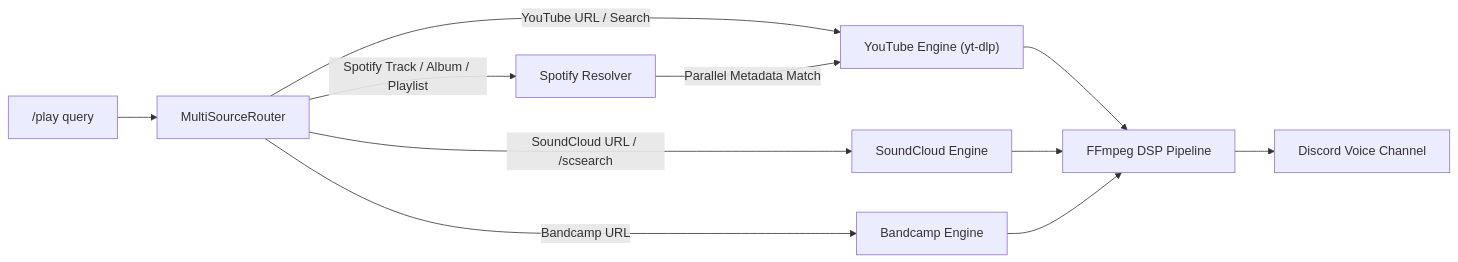
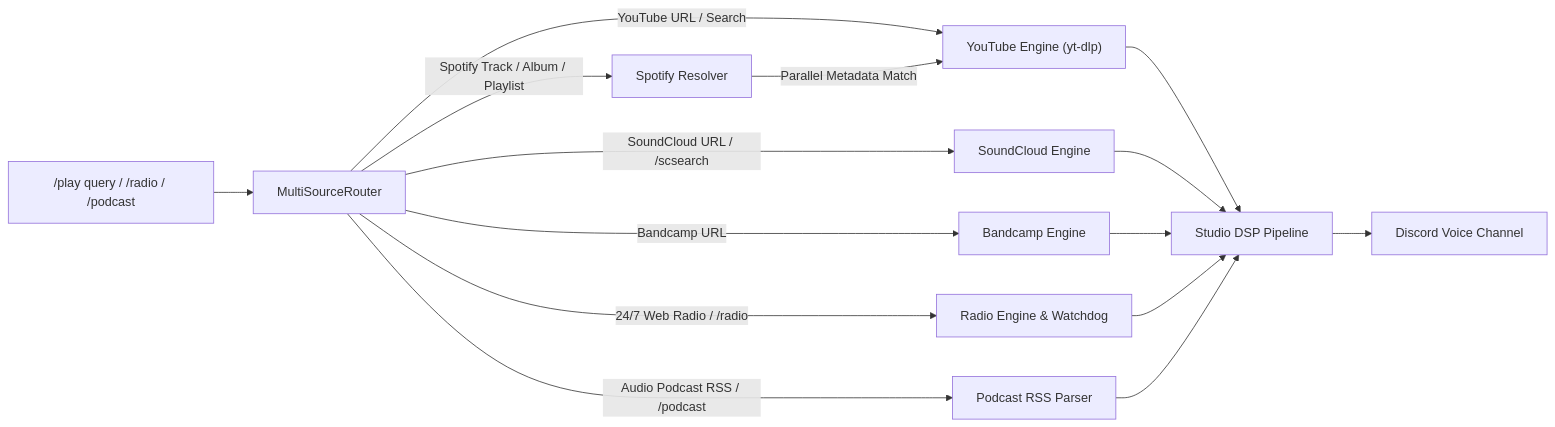
Before and after one commit to Punk1107/music-bot-v3: the diagram in README.md, drawn with Mermaid. The commit also changed other lines of this file and 2 other files, not shown here.

````diff
--- a/README.md
+++ b/README.md
@@ -244,13 +271,17 @@
 ```mermaid
 graph LR
-    User["/play query"] --> Router["MultiSourceRouter"]
+    User["/play query / /radio / /podcast"] --> Router["MultiSourceRouter"]
     Router -->|YouTube URL / Search| YTDLP["YouTube Engine (yt-dlp)"]
     Router -->|Spotify Track / Album / Playlist| Spotify["Spotify Resolver"]
     Router -->|SoundCloud URL / /scsearch| Soundcloud["SoundCloud Engine"]
     Router -->|Bandcamp URL| Bandcamp["Bandcamp Engine"]
+    Router -->|24/7 Web Radio / /radio| Radio["Radio Engine & Watchdog"]
+    Router -->|Audio Podcast RSS / /podcast| Podcast["Podcast RSS Parser"]
     Spotify -->|Parallel Metadata Match| YTDLP
-    YTDLP --> Audio["FFmpeg DSP Pipeline"]
+    YTDLP --> Audio["Studio DSP Pipeline"]
     Soundcloud --> Audio
     Bandcamp --> Audio
+    Radio --> Audio
+    Podcast --> Audio
     Audio --> Discord["Discord Voice Channel"]
 ```
````
